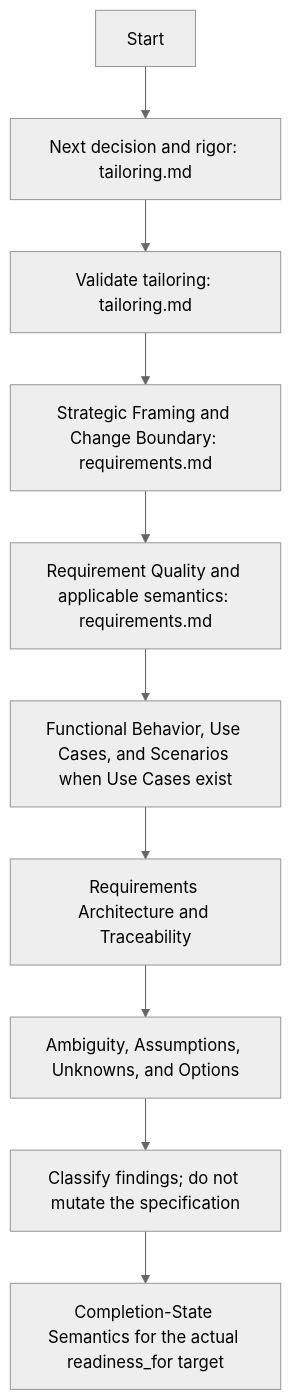
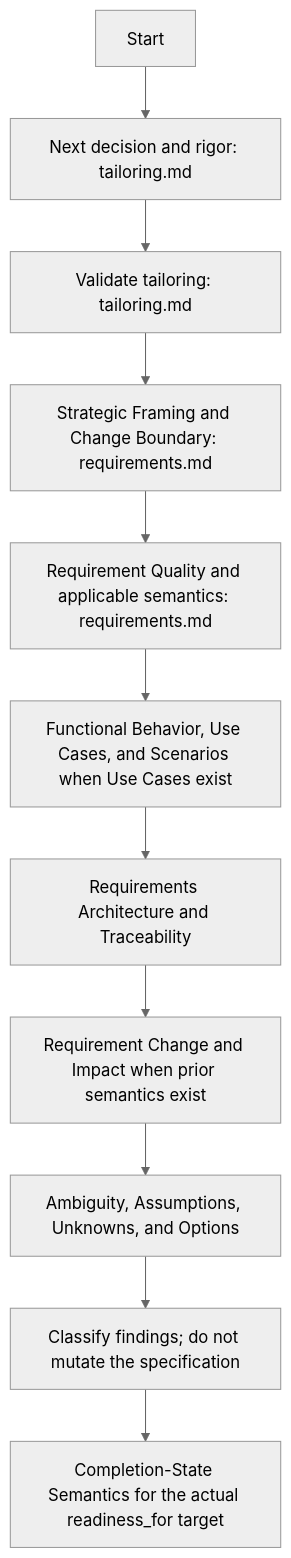
Before and after one commit to JadsonLucena/agent-toolkit: the diagram in contexts/requirements/skills/validation/SKILL.md, drawn with Mermaid (neutral theme). The commit also changed other lines of this file and 6 other files, not shown here.

````diff
--- a/contexts/requirements/skills/validation/SKILL.md
+++ b/contexts/requirements/skills/validation/SKILL.md
@@ -58,12 +58,13 @@
 ```mermaid
 flowchart TD
     Start --> Context["Next decision and rigor: tailoring.md"]
     Context --> Tailor["Validate tailoring: tailoring.md"]
     Tailor --> Frame["Strategic Framing and Change Boundary: requirements.md"]
     Frame --> Semantics["Requirement Quality and applicable semantics: requirements.md"]
     Semantics --> UseCases["Functional Behavior, Use Cases, and Scenarios when Use Cases exist"]
     UseCases --> Consistency["Requirements Architecture and Traceability"]
-    Consistency --> Uncertainty["Ambiguity, Assumptions, Unknowns, and Options"]
+    Consistency --> Reconcile["Requirement Change and Impact when prior semantics exist"]
+    Reconcile --> Uncertainty["Ambiguity, Assumptions, Unknowns, and Options"]
     Uncertainty --> Classify["Classify findings; do not mutate the specification"]
     Classify --> Ready["Completion-State Semantics for the actual readiness_for target"]
 ```
````
